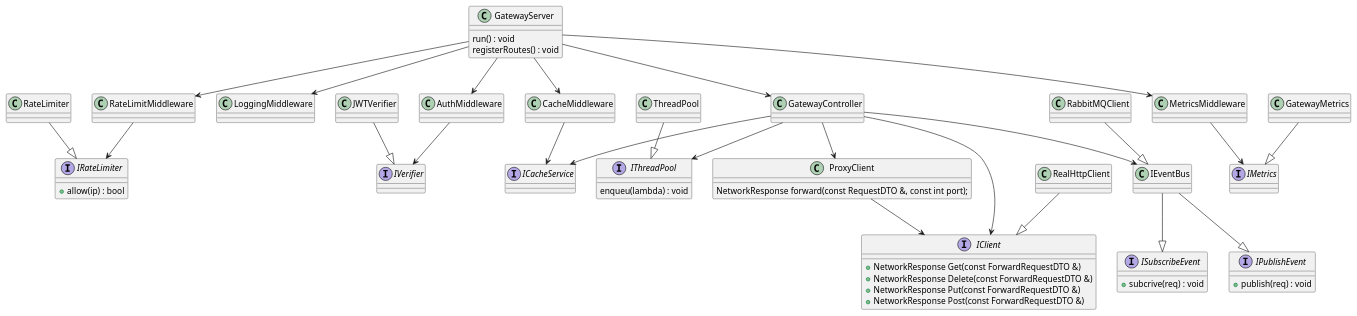
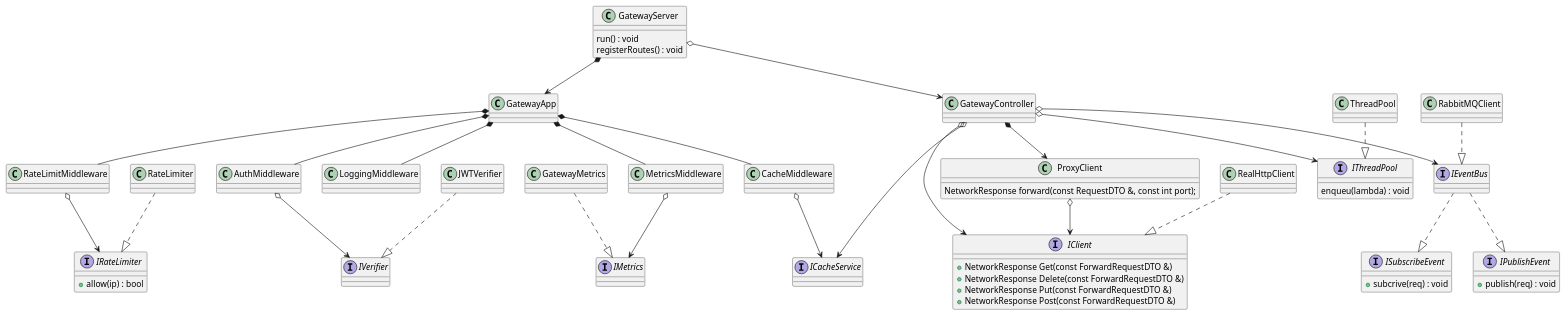
Before and after one commit to Roma3214185/Messanger: the diagram in docs/architecture/services/gateway.puml, drawn with PlantUML. The commit also changed 2 other files, not shown here.

Commit message:
Refactor gateway architecture diagram

```diff
--- a/docs/architecture/services/gateway.puml
+++ b/docs/architecture/services/gateway.puml
@@ -1,72 +1,74 @@
 @startuml
 
 class GatewayServer {
   run() : void
   registerRoutes() : void
 }
 
 class ProxyClient {
 NetworkResponse forward(const RequestDTO &, const int port);
 }
 
 interface IClient {
   + NetworkResponse Get(const ForwardRequestDTO &)
   + NetworkResponse Delete(const ForwardRequestDTO &)
   + NetworkResponse Put(const ForwardRequestDTO &)
   + NetworkResponse Post(const ForwardRequestDTO &)
 }
 
 interface IVerifier
 interface IRateLimiter {
   + allow(ip) : bool
 }
 interface IMetrics
 
 interface IThreadPool {
   enqueu(lambda) : void
 }
 
 interface ISubscribeEvent {
   + subcrive(req) : void
 }
 
 interface IPublishEvent {
   + publish(req) : void
 }
 
 interface ICacheService
+interface IEventBus
 
-RabbitMQClient --|> IEventBus
+RabbitMQClient ..|> IEventBus
 
-IEventBus --|> ISubscribeEvent
-IEventBus --|> IPublishEvent
-ThreadPool --|> IThreadPool
+IEventBus ..|> ISubscribeEvent
+IEventBus ..|> IPublishEvent
+ThreadPool ..|> IThreadPool
 
 
-GatewayServer --> LoggingMiddleware
-GatewayServer --> RateLimitMiddleware
-GatewayServer --> MetricsMiddleware
-GatewayServer --> AuthMiddleware
-GatewayServer --> CacheMiddleware
-GatewayServer --> GatewayController
+GatewayApp *-- LoggingMiddleware
+GatewayApp *-- RateLimitMiddleware
+GatewayApp *-- MetricsMiddleware
+GatewayApp *-- AuthMiddleware
+GatewayApp *-- CacheMiddleware
+GatewayServer *--> GatewayApp
+GatewayServer o--> GatewayController
 
-GatewayController --> ICacheService
-GatewayController --> IThreadPool
-GatewayController --> IEventBus
-GatewayController --> ProxyClient
-GatewayController --> IClient
-ProxyClient --> IClient
+GatewayController o--> ICacheService
+GatewayController o--> IThreadPool
+GatewayController o--> IEventBus
+GatewayController *--> ProxyClient
+GatewayController o--> IClient
+ProxyClient o--> IClient
 
-AuthMiddleware --> IVerifier
-JWTVerifier --|> IVerifier
+AuthMiddleware o--> IVerifier
+JWTVerifier ..|> IVerifier
 
-CacheMiddleware --> ICacheService
-MetricsMiddleware --> IMetrics
-RateLimitMiddleware --> IRateLimiter
+CacheMiddleware o--> ICacheService
+MetricsMiddleware o--> IMetrics
+RateLimitMiddleware o--> IRateLimiter
 
 
-GatewayMetrics --|> IMetrics
-RateLimiter --|> IRateLimiter
-RealHttpClient --|> IClient
+GatewayMetrics ..|> IMetrics
+RateLimiter ..|> IRateLimiter
+RealHttpClient ..|> IClient
 
 @enduml
```
